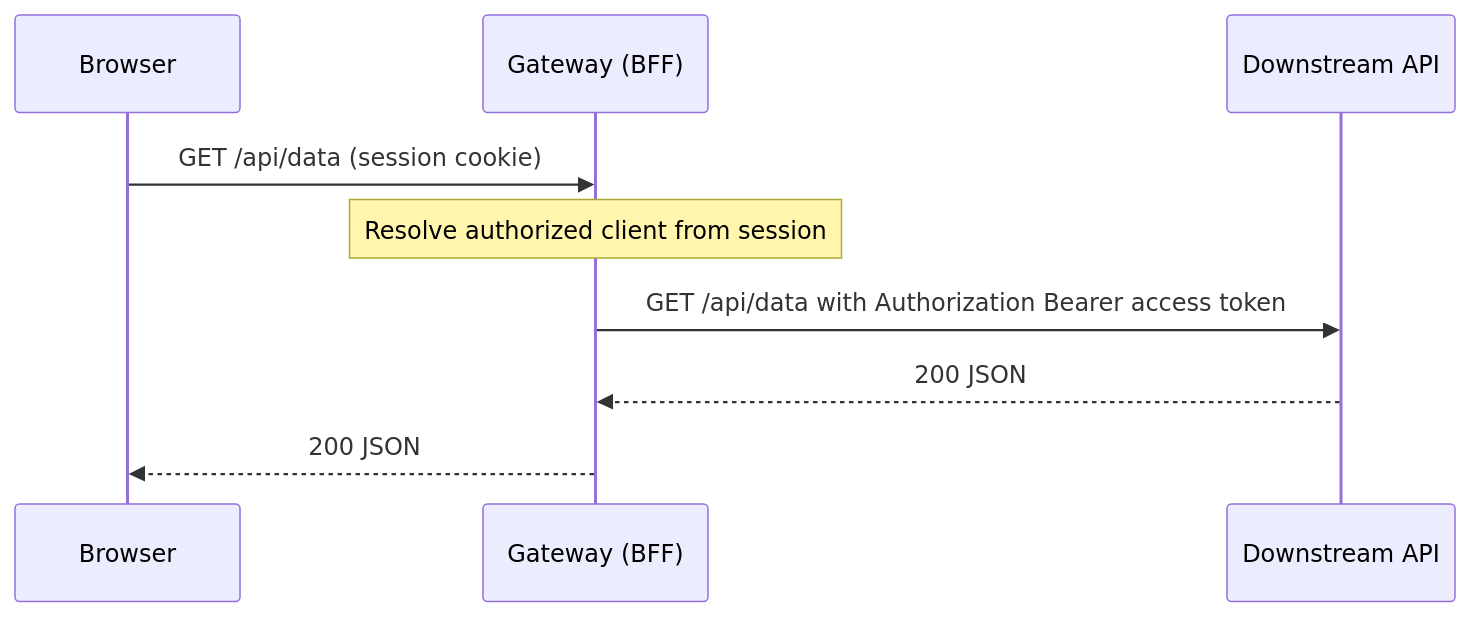
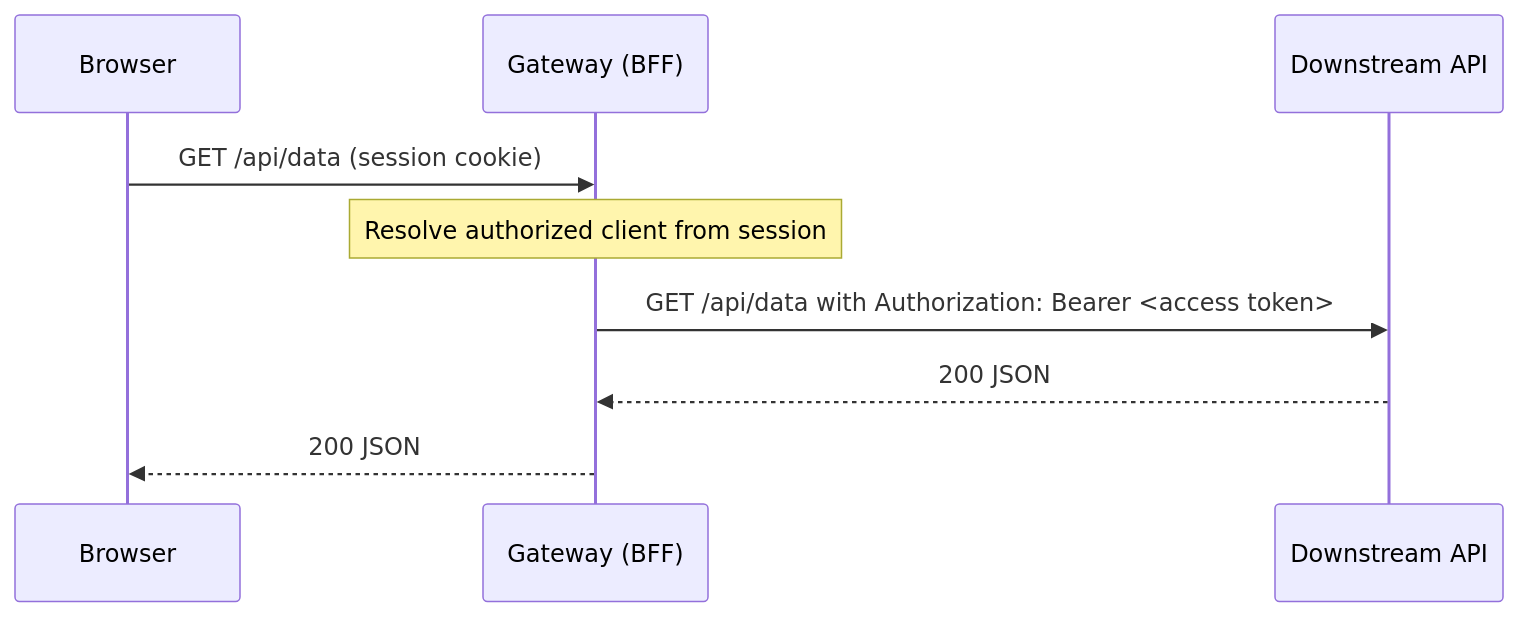
Before and after one commit to FredX123/sso-demo: the second of 7 diagrams in backend/docs/refresh-token/okta_token_refresh_flows.md, drawn with Mermaid. The commit also changed other lines of this file and 3 other files, not shown here.

````diff
--- a/backend/docs/refresh-token/okta_token_refresh_flows.md
+++ b/backend/docs/refresh-token/okta_token_refresh_flows.md
@@ -28,12 +28,12 @@
 ```mermaid
 sequenceDiagram
   participant Browser
   participant Gateway as Gateway (BFF)
   participant API as Downstream API
 
   Browser->>Gateway: GET /api/data (session cookie)
   Note over Gateway: Resolve authorized client from session
-  Gateway->>API: GET /api/data with Authorization Bearer access token
+  Gateway->>API: GET /api/data with Authorization: Bearer <access token>
   API-->>Gateway: 200 JSON
   Gateway-->>Browser: 200 JSON
 ```
````
